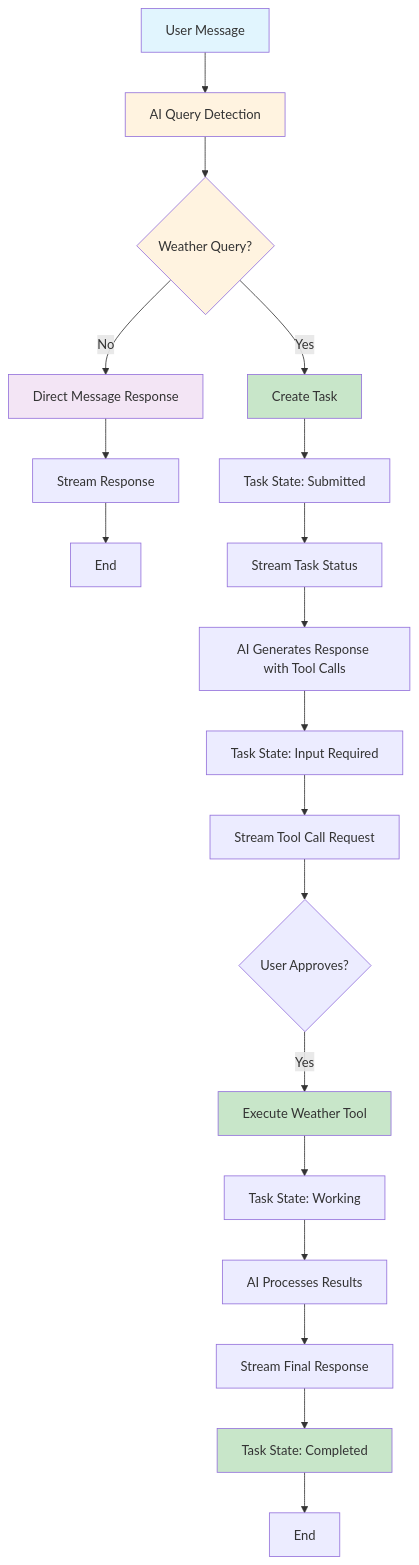
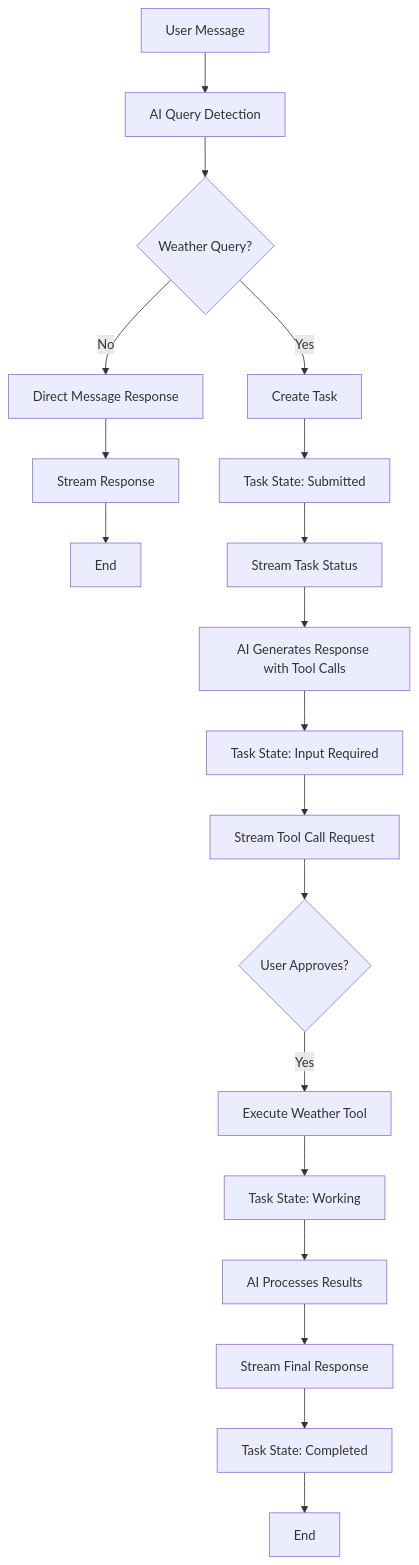
The diagram in README.md (Areo-Joe/a2a-it), drawn with Mermaid before and after one commit.

````diff
--- a/README.md
+++ b/README.md
@@ -93,32 +93,24 @@
 ```mermaid
 flowchart TD
     A[User Message] --> B[AI Query Detection]
     B --> C{Weather Query?}
 
     C -->|No| D[Direct Message Response]
     D --> E[Stream Response]
     E --> F[End]
 
     C -->|Yes| G[Create Task]
     G --> H[Task State: Submitted]
     H --> I[Stream Task Status]
     I --> J[AI Generates Response with Tool Calls]
     J --> K[Task State: Input Required]
     K --> L[Stream Tool Call Request]
     L --> M{User Approves?}
 
     M -->|Yes| P[Execute Weather Tool]
     P --> Q[Task State: Working]
     Q --> R[AI Processes Results]
     R --> S[Stream Final Response]
     S --> T[Task State: Completed]
     T --> U[End]
-
-    style A fill:#e1f5fe
-    style B fill:#fff3e0
-    style C fill:#fff3e0
-    style G fill:#c8e6c9
-    style P fill:#c8e6c9
-    style D fill:#f3e5f5
-    style T fill:#c8e6c9
 ```
````
